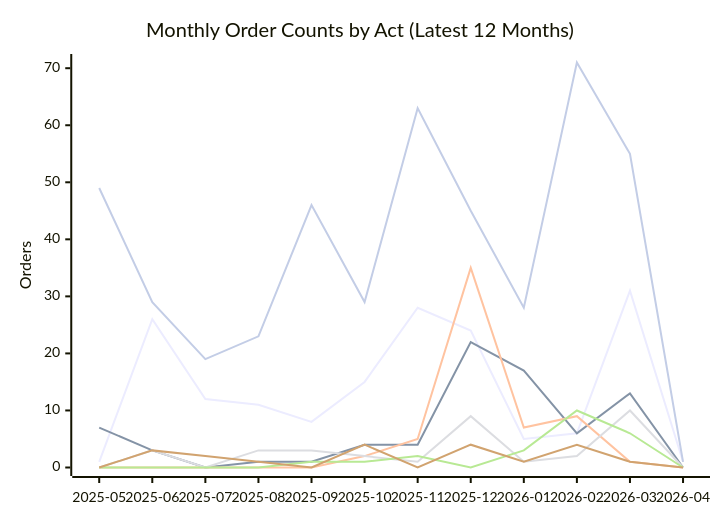
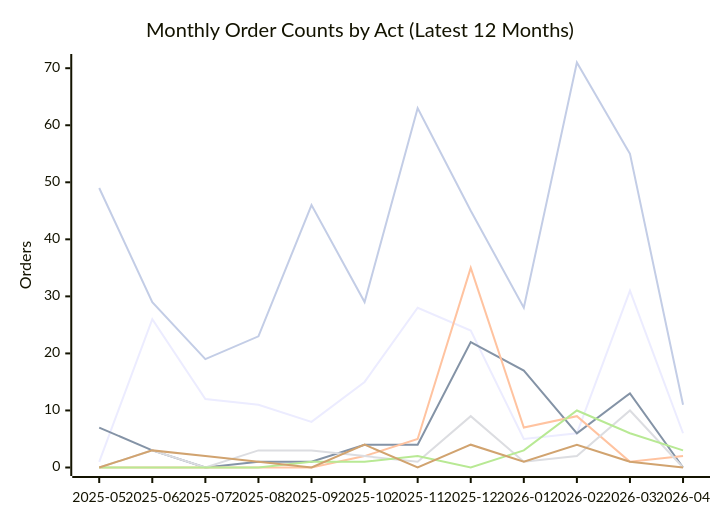
One commit to PatLittle/oic-data changed the second of 2 diagrams in README.md. Above: the diagram before and after it, drawn with Mermaid. The commit also changed other lines of this file and 41 other files, not shown here.

````diff
--- a/README.md
+++ b/README.md
@@ -71,13 +71,13 @@
 ```mermaid
 xychart-beta
     title "Monthly Order Counts by Act (Latest 12 Months)"
     x-axis ["2025-05", "2025-06", "2025-07", "2025-08", "2025-09", "2025-10", "2025-11", "2025-12", "2026-01", "2026-02", "2026-03", "2026-04"]
     y-axis "Orders" 0 --> 71
-    line [1, 26, 12, 11, 8, 15, 28, 24, 5, 6, 31, 1]
+    line [1, 26, 12, 11, 8, 15, 28, 24, 5, 6, 31, 6]
     line [7, 3, 0, 1, 1, 4, 4, 22, 17, 6, 13, 0]
-    line [0, 0, 0, 0, 0, 2, 5, 35, 7, 9, 1, 0]
+    line [0, 0, 0, 0, 0, 2, 5, 35, 7, 9, 1, 2]
     line [0, 3, 0, 3, 3, 2, 1, 9, 1, 2, 10, 0]
-    line [0, 0, 0, 0, 1, 1, 2, 0, 3, 10, 6, 0]
+    line [0, 0, 0, 0, 1, 1, 2, 0, 3, 10, 6, 3]
     line [0, 3, 2, 1, 0, 4, 0, 4, 1, 4, 1, 0]
-    line [49, 29, 19, 23, 46, 29, 63, 45, 28, 71, 55, 1]
+    line [49, 29, 19, 23, 46, 29, 63, 45, 28, 71, 55, 11]
 ```
````
